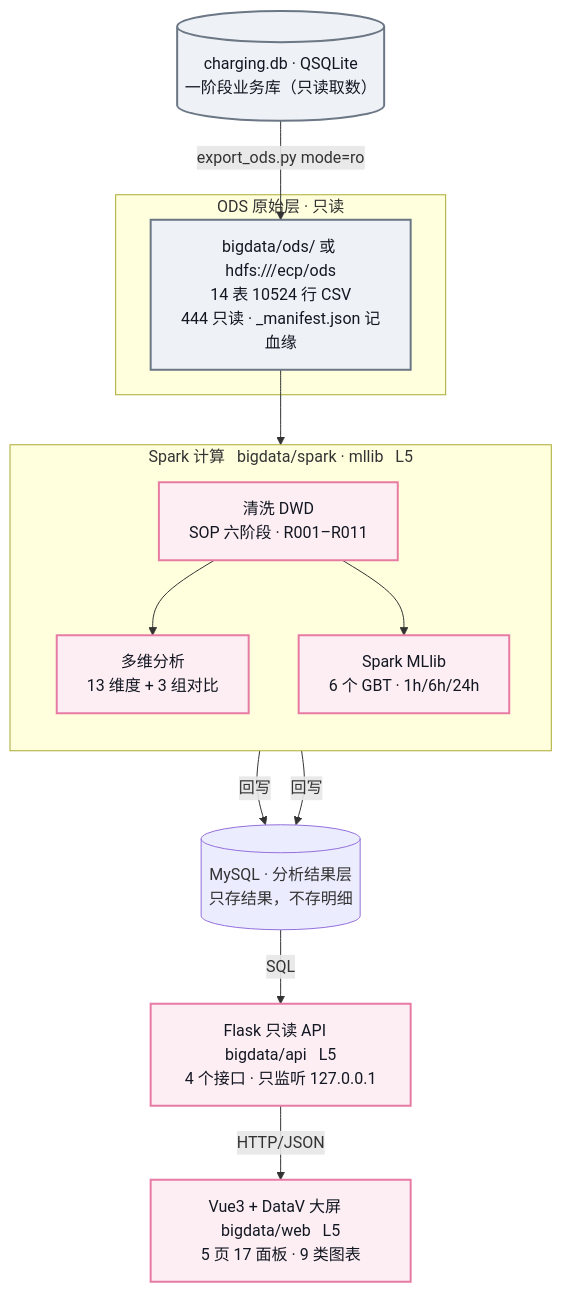
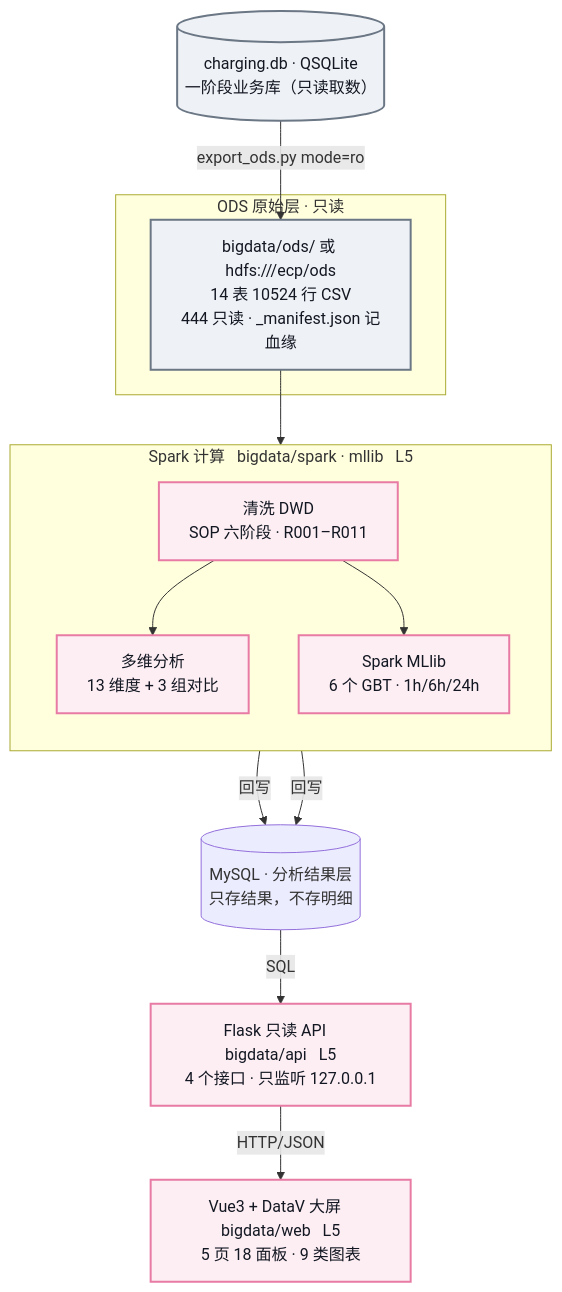
One commit to ListenSnow405/ev-charging-platform changed the second of 2 diagrams in ARCHITECTURE.md. Above: the diagram before and after it, drawn with Mermaid. The commit also changed 10 other files, not shown here.

````diff
--- a/ARCHITECTURE.md
+++ b/ARCHITECTURE.md
@@ -180,33 +180,33 @@
 ```mermaid
 flowchart TB
     DB[("charging.db · QSQLite<br/>一阶段业务库（只读取数）")]
 
     subgraph ODS["ODS 原始层 · 只读"]
         O["bigdata/ods/ 或 hdfs:///ecp/ods<br/>14 表 10524 行 CSV<br/>444 只读 · _manifest.json 记血缘"]
     end
 
     subgraph COMPUTE["Spark 计算 &nbsp; bigdata/spark · mllib &nbsp; L5"]
         direction TB
         C["清洗 DWD<br/>SOP 六阶段 · R001–R011"]
         AN["多维分析<br/>13 维度 + 3 组对比"]
         MLB["Spark MLlib<br/>6 个 GBT · 1h/6h/24h"]
     end
 
     MY[("MySQL · 分析结果层<br/>只存结果，不存明细")]
     API["Flask 只读 API &nbsp; bigdata/api &nbsp; L5<br/>4 个接口 · 只监听 127.0.0.1"]
-    WEB["Vue3 + DataV 大屏 &nbsp; bigdata/web &nbsp; L5<br/>5 页 17 面板 · 9 类图表"]
+    WEB["Vue3 + DataV 大屏 &nbsp; bigdata/web &nbsp; L5<br/>5 页 18 面板 · 9 类图表"]
 
     DB -->|export_ods.py&nbsp;mode=ro| O
     O --> C
     C --> AN
     C --> MLB
     AN -->|回写| MY
     MLB -->|回写| MY
     MY -->|SQL| API
     API -->|HTTP/JSON| WEB
 
     classDef l5 fill:#fceef3,stroke:#e87ba4,stroke-width:2px,color:#131722
     classDef ro fill:#eef1f5,stroke:#6b7785,stroke-width:2px,color:#131722
     class C,AN,MLB,API,WEB l5
     class O,DB ro
 ```
````
